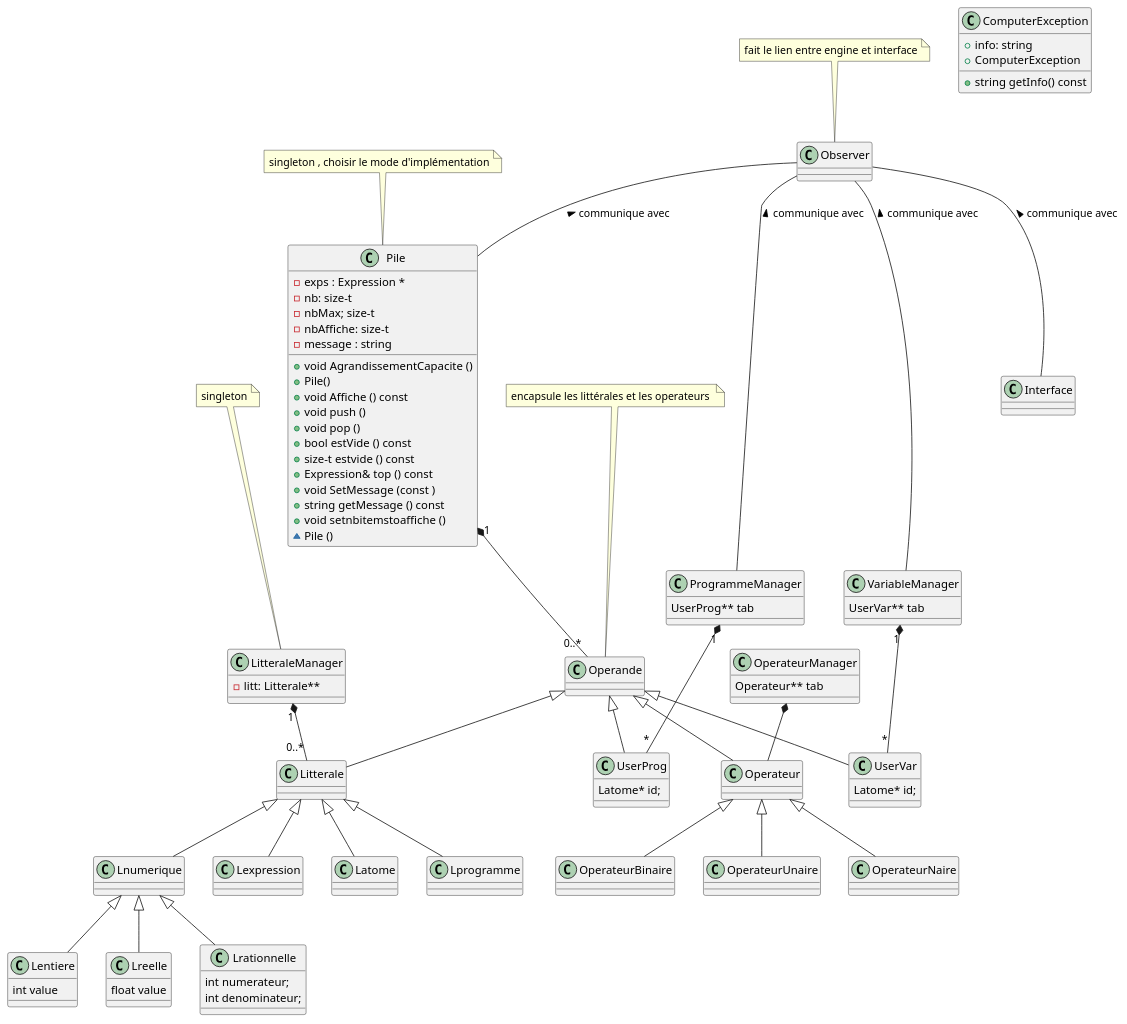
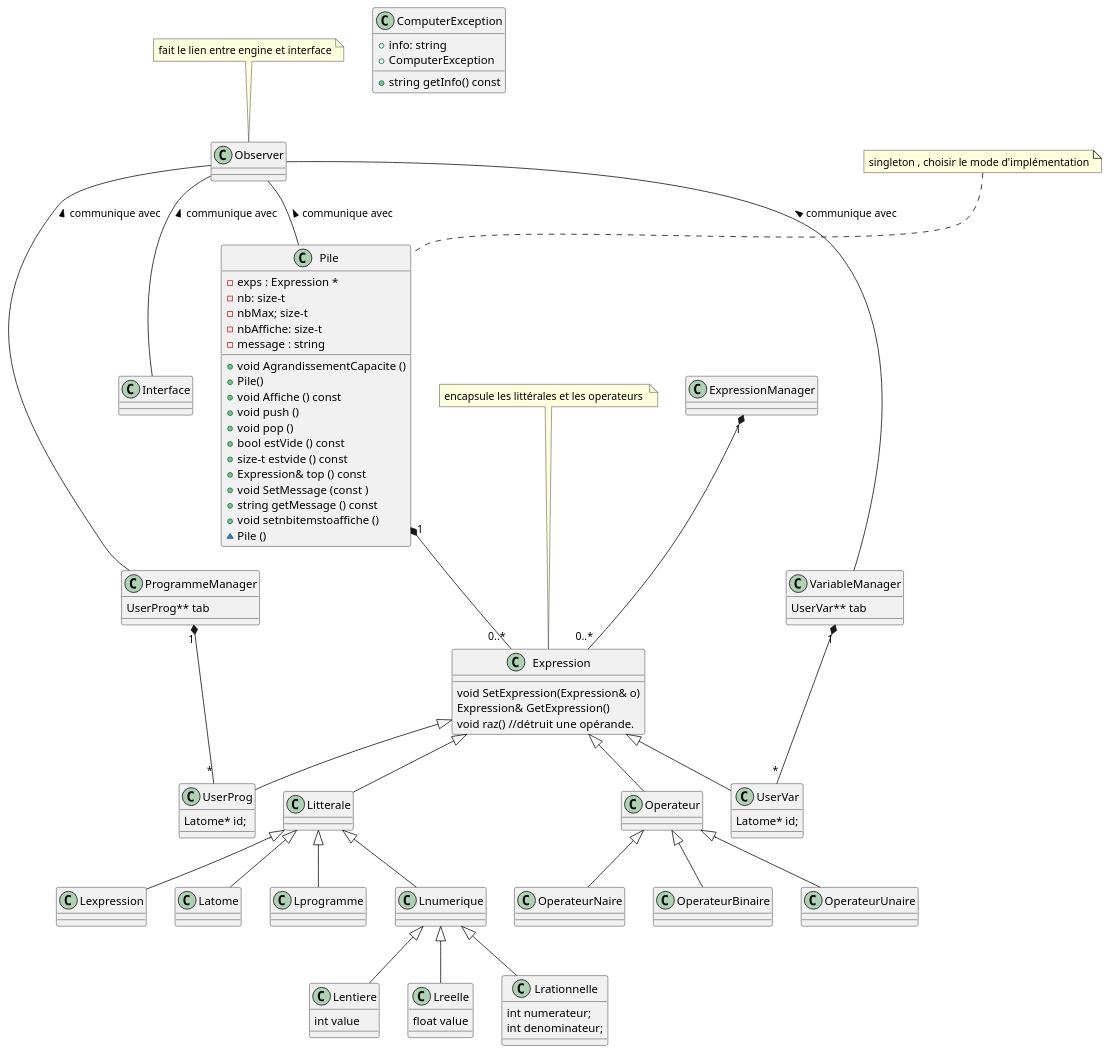
One commit to StephaneBranly/LO21-RPN-Calculator changed the diagram in etudes_de_projet/UML.PLANTUML. Above: the diagram before and after it, drawn with PlantUML.

Commit message:
Update UML.PLANTUML
consensus de fin

```diff
--- a/etudes_de_projet/UML.PLANTUML
+++ b/etudes_de_projet/UML.PLANTUML
@@ -1,146 +1,146 @@
 @startuml
 class Pile {
   -exps : Expression *
   -nb: size-t
   -nbMax; size-t
   -nbAffiche: size-t
   -message : string 
   +void AgrandissementCapacite ()
   +Pile() 
   +void Affiche () const
   +void push ()
   +void pop ()
   +bool estVide () const
   +size-t estvide () const
   +Expression& top () const 
   +void SetMessage (const )
   +string getMessage () const 
   +void setnbitemstoaffiche ()
   ~Pile ()
 }
 note top 
 singleton , choisir le mode d'implémentation
 end note
 
+class ExpressionManager {
+}
+
+
 
 
 class Interface {
 }
 
 class Observer {
   
 }
 note top 
 fait le lien entre engine et interface
 end note
 Observer -- Pile : < communique avec
 Observer -- VariableManager : < communique avec
 Observer -- ProgrammeManager : < communique avec
 Observer -- Interface : < communique avec
 
 
 
 
 
 
-class Operande{
+class Expression{
+void SetExpression(Expression& o)
+Expression& GetExpression()
+void raz() //détruit une opérande.
 }
 note top 
 encapsule les littérales et les operateurs 
 end note 
-Operande <|-- Litterale
-Operande <|-- Operateur
-Operande <|-- UserVar
-Operande <|-- UserProg
+Expression <|-- Litterale
+Expression <|-- Operateur
+Expression <|-- UserVar
+Expression <|-- UserProg
 
 
 
 
 
-class OperateurManager {
-Operateur** tab 
-}
+
 class Operateur {
 }
 class OperateurBinaire {
 }
 class OperateurUnaire {
 }
 class OperateurNaire {
 }
 Operateur <|-- OperateurBinaire 
 Operateur <|-- OperateurUnaire 
 Operateur <|-- OperateurNaire
-OperateurManager *-- Operateur
+
 
 
 
 class ComputerException {
   +info: string
   +ComputerException
   +string getInfo() const
 }
 
 
 
-class LitteraleManager{
--litt: Litterale**
-}
-note top 
-singleton
-end note
+
 
 class Litterale{
 }
 
 class Lprogramme{}
 class Lnumerique{}
 
 class Lentiere {
 int value
 }
 
 class Lreelle{
 float value
 }
 class Lrationnelle{
 int numerateur; 
 int denominateur; 
 }
 class Lexpression{}
 class Latome {}
 
 
 
 
 
 class UserVar{
 Latome* id; 
 }
 class UserProg{
 Latome* id; 
 }
 class VariableManager { 
 UserVar** tab
 }
 class ProgrammeManager { 
 UserProg** tab
 } 
 VariableManager "1" *-- "*"UserVar
 ProgrammeManager "1" *-- "*"UserProg
 
 
 
 
 
 
-LitteraleManager "1" *-- "0..*" Litterale
-Pile "1" *-- "0..*" Operande
+ExpressionManager "1" *-- "0..*" Expression
+Pile "1" *-- "0..*" Expression
 Litterale <|--  Lprogramme
 Litterale <|--  Lnumerique
 Litterale <|--  Lexpression
 Litterale <|-- Latome
 Lnumerique <|--  Lentiere
 Lnumerique <|--  Lreelle
 Lnumerique <|--  Lrationnelle
 @enduml
```
